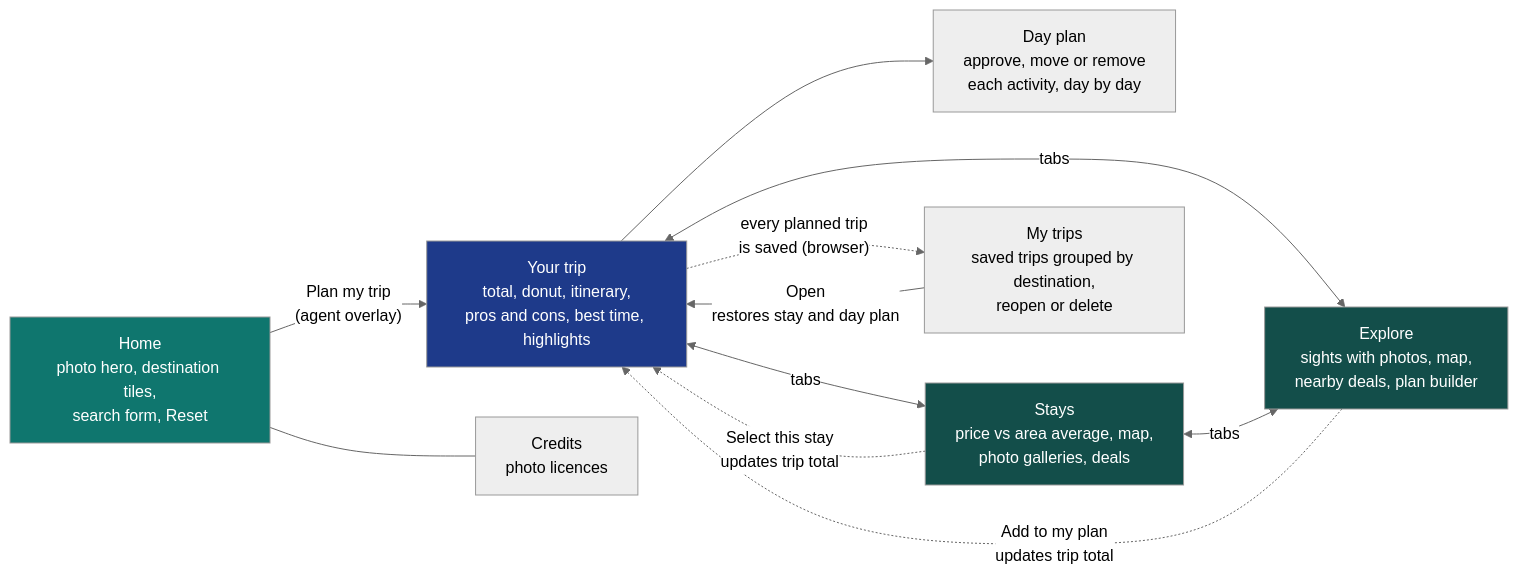
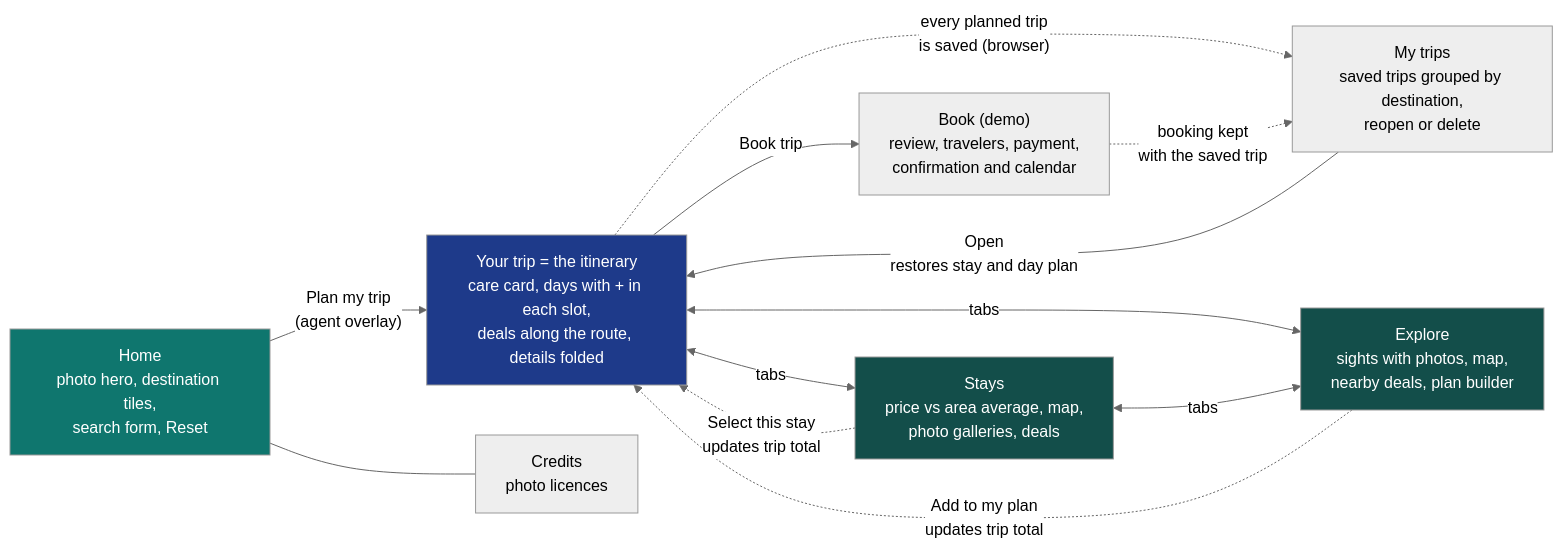
Before and after one commit to roybrand/travelAgentAI: the first of 4 diagrams in docs/04-frontend-and-visual-experience.md, drawn with Mermaid (neutral theme). The commit also changed 30 other files, not shown here.

First line of the commit message:
Make the trip page the itinerary, add demo booking, and rebuild day planning

````diff
--- a/docs/04-frontend-and-visual-experience.md
+++ b/docs/04-frontend-and-visual-experience.md
@@ -24,24 +24,25 @@
 ```mermaid
 flowchart LR
     H["Home<br/>photo hero, destination tiles,<br/>search form, Reset"] -->|"Plan my trip<br/>(agent overlay)"| T
-    T --> DP["Day plan<br/>approve, move or remove<br/>each activity, day by day"]
-    T["Your trip<br/>total, donut, itinerary,<br/>pros and cons, best time, highlights"]
+    T -->|"Book trip"| BK["Book (demo)<br/>review, travelers, payment,<br/>confirmation and calendar"]
+    T["Your trip = the itinerary<br/>care card, days with + in each slot,<br/>deals along the route, details folded"]
     S["Stays<br/>price vs area average, map,<br/>photo galleries, deals"]
     E["Explore<br/>sights with photos, map,<br/>nearby deals, plan builder"]
     C["Credits<br/>photo licences"]
     MT["My trips<br/>saved trips grouped by destination,<br/>reopen or delete"]
 
     T <-->|tabs| S
     T <-->|tabs| E
     S <-->|tabs| E
     S -. "Select this stay<br/>updates trip total" .-> T
     E -. "Add to my plan<br/>updates trip total" .-> T
     H --- C
     T -. "every planned trip<br/>is saved (browser)" .-> MT
     MT -->|"Open<br/>restores stay and day plan"| T
+    BK -. "booking kept<br/>with the saved trip" .-> MT
 
     style H fill:#0f766e,color:#fff
     style T fill:#1e3a8a,color:#fff
     style S fill:#134e4a,color:#fff
     style E fill:#134e4a,color:#fff
 ```
````
